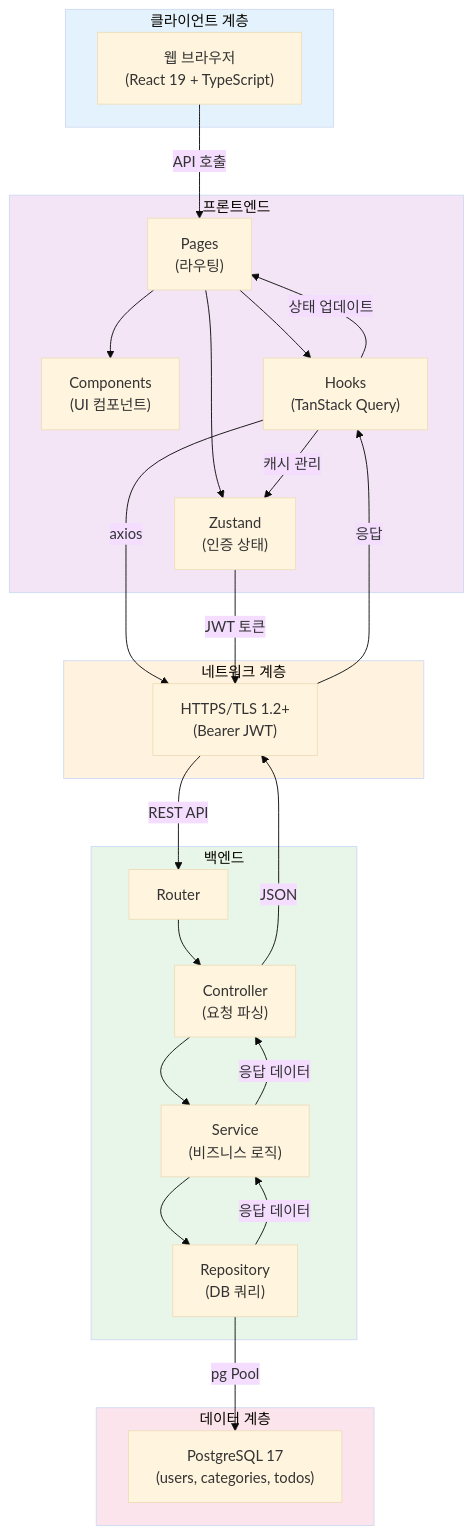
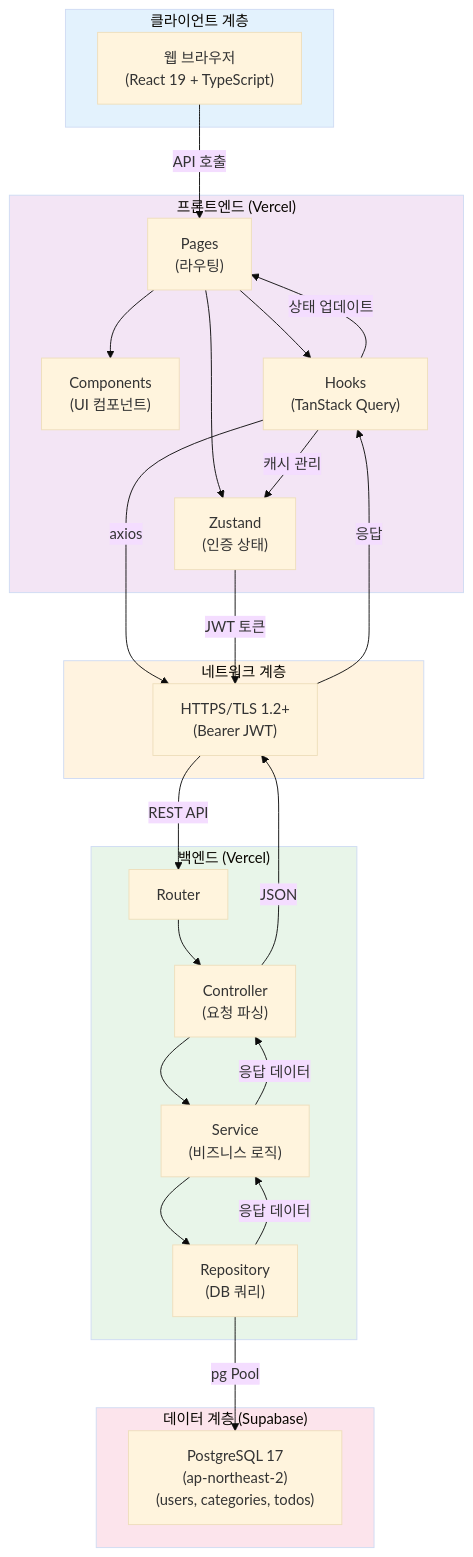
One commit to hyn7004-boop/todolist-app changed the first of 7 diagrams in docs/7-arch-diagram.md. Above: the diagram before and after it, drawn with Mermaid (base theme). The commit also changed 5 other files, not shown here.

````diff
--- a/docs/7-arch-diagram.md
+++ b/docs/7-arch-diagram.md
@@ -5,52 +5,52 @@
 ```mermaid
 graph TB
     subgraph Client["클라이언트 계층"]
         Browser["웹 브라우저<br/>(React 19 + TypeScript)"]
     end
 
-    subgraph Frontend["프론트엔드"]
+    subgraph Frontend["프론트엔드 (Vercel)"]
         Pages["Pages<br/>(라우팅)"]
         Components["Components<br/>(UI 컴포넌트)"]
         Hooks["Hooks<br/>(TanStack Query)"]
         Zustand["Zustand<br/>(인증 상태)"]
     end
 
     subgraph Network["네트워크 계층"]
         HTTPS["HTTPS/TLS 1.2+<br/>(Bearer JWT)"]
     end
 
-    subgraph Backend["백엔드"]
+    subgraph Backend["백엔드 (Vercel)"]
         Router["Router"]
         Controller["Controller<br/>(요청 파싱)"]
         Service["Service<br/>(비즈니스 로직)"]
         Repository["Repository<br/>(DB 쿼리)"]
     end
 
-    subgraph Database["데이터 계층"]
-        PostgreSQL["PostgreSQL 17<br/>(users, categories, todos)"]
+    subgraph Database["데이터 계층 (Supabase)"]
+        PostgreSQL["PostgreSQL 17<br/>(ap-northeast-2)<br/>(users, categories, todos)"]
     end
 
     Browser -->|API 호출| Pages
     Pages --> Components
     Pages --> Hooks
     Pages --> Zustand
     Hooks -->|axios| HTTPS
     Zustand -->|JWT 토큰| HTTPS
     HTTPS -->|REST API| Router
     Router --> Controller
     Controller --> Service
     Service --> Repository
     Repository -->|pg Pool| PostgreSQL
     Repository -->|응답 데이터| Service
     Service -->|응답 데이터| Controller
     Controller -->|JSON| HTTPS
     HTTPS -->|응답| Hooks
     Hooks -->|상태 업데이트| Pages
     Hooks -->|캐시 관리| Zustand
 
     style Client fill:#e3f2fd
     style Frontend fill:#f3e5f5
     style Network fill:#fff3e0
     style Backend fill:#e8f5e9
     style Database fill:#fce4ec
 ```
````
